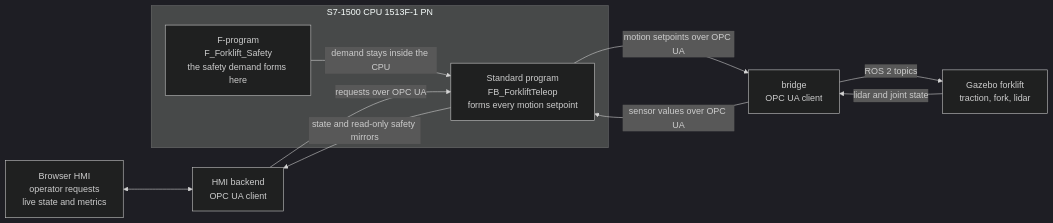
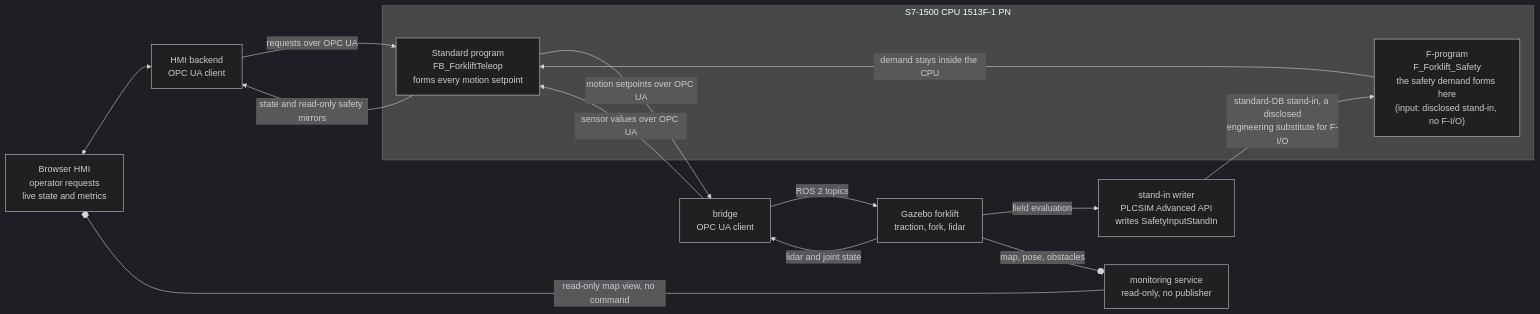
The diagram in README.md (ozkannceylan/amr-agent), drawn with Mermaid (dark theme) before and after one commit. The commit also changed other lines of this file, not shown here.

First line of the commit message:
docs: correct the bridge config note, draw the stand-in and monitoring paths

````diff
--- a/README.md
+++ b/README.md
@@ -114,22 +121,28 @@
 ```mermaid
 flowchart LR
     UI["Browser HMI<br/>operator requests<br/>live state and metrics"]
     BE["HMI backend<br/>OPC UA client"]
 
     subgraph CPU["S7-1500 CPU 1513F-1 PN"]
         STD["Standard program<br/>FB_ForkliftTeleop<br/>forms every motion setpoint"]
-        SAFE["F-program<br/>F_Forklift_Safety<br/>the safety demand forms here"]
+        SAFE["F-program<br/>F_Forklift_Safety<br/>the safety demand forms here<br/>(input: disclosed stand-in, no F-I/O)"]
     end
 
     BR["bridge<br/>OPC UA client"]
+    WR["stand-in writer<br/>PLCSIM Advanced API<br/>writes SafetyInputStandIn"]
     GZ["Gazebo forklift<br/>traction, fork, lidar"]
+    MON["monitoring service<br/>read-only, no publisher"]
 
     UI <--> BE
     BE -->|requests over OPC UA| STD
     STD -->|state and read-only safety mirrors| BE
     STD -->|motion setpoints over OPC UA| BR
     BR -->|ROS 2 topics| GZ
     GZ -->|lidar and joint state| BR
     BR -->|sensor values over OPC UA| STD
+    GZ -->|field evaluation| WR
+    WR -->|standard-DB stand-in, a disclosed<br/>engineering substitute for F-I/O| SAFE
     SAFE -->|demand stays inside the CPU| STD
+    GZ --o|map, pose, obstacles| MON
+    MON --o|read-only map view, no command| UI
 ```
````
